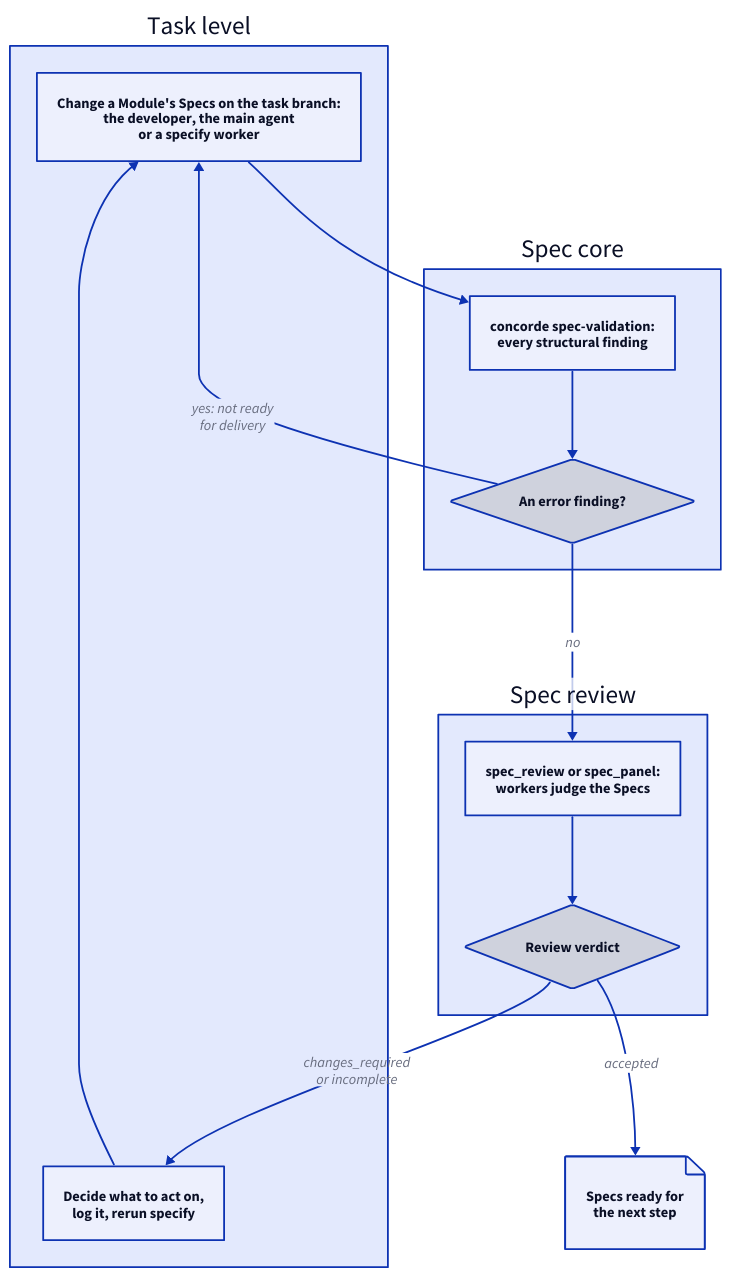
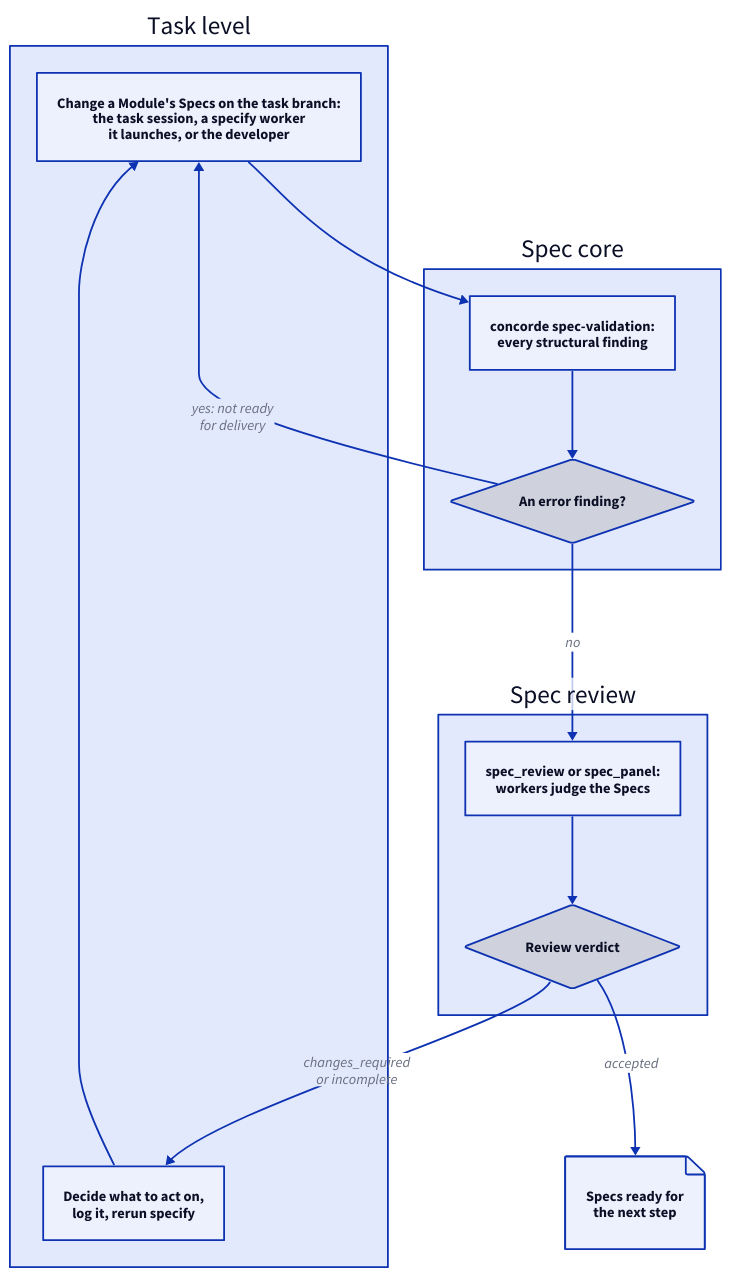
One commit to FTOD/concorde changed the second of 2 diagrams in specs/concorde/spec-tooling/module.md. Above: the diagram before and after it, drawn with D2. The commit also changed other lines of this file and 1 other file, not shown here.

Commit message:
Issues and Spec tooling: the task session, not the main agent, works in a task worktree

````diff
--- a/specs/concorde/spec-tooling/module.md
+++ b/specs/concorde/spec-tooling/module.md
@@ -46,23 +46,23 @@
 ```d2 illustrative
 direction: down
 task: "Task level" {
-  change: "Change a Module's Specs on the task branch:\nthe developer, the main agent\nor a specify worker"
+  change: "Change a Module's Specs on the task branch:\nthe task session, a specify worker\nit launches, or the developer"
   decide: "Decide what to act on,\nlog it, rerun specify"
 }
 core: "Spec core" {
   validate: "concorde spec-validation:\nevery structural finding"
   error: "An error finding?" {shape: diamond}
 }
 review: "Spec review" {
   run: "spec_review or spec_panel:\nworkers judge the Specs"
   verdict: "Review verdict" {shape: diamond}
 }
 ready: "Specs ready for\nthe next step" {shape: page}
 task.change -> core.validate -> core.error
 core.error -> task.change: "yes: not ready\nfor delivery"
 core.error -> review.run: no
 review.run -> review.verdict
 review.verdict -> task.decide: "changes_required\nor incomplete"
 task.decide -> task.change
 review.verdict -> ready: accepted
 ```
````
